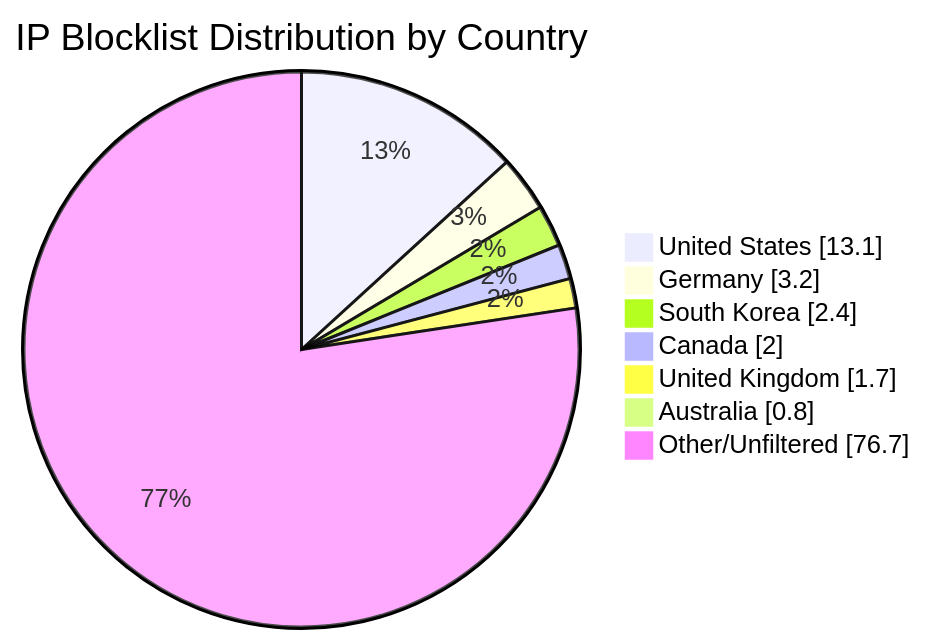
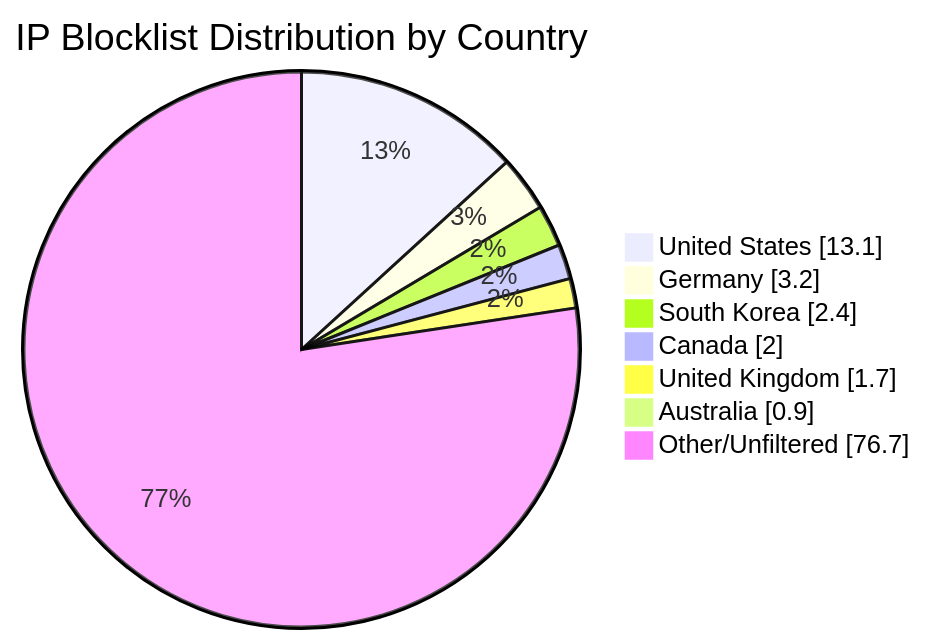
Before and after one commit to MarcusHoltz/ipblocklist-geofiltered-aggregator: the diagram in README.md, drawn with Mermaid. The commit also changed other lines of this file and 9 other files, not shown here.

````diff
--- a/README.md
+++ b/README.md
@@ -34,10 +34,10 @@
 ```mermaid
 pie showData title IP Blocklist Distribution by Country
 "United States" : 13.1
 "Germany" : 3.2
 "South Korea" : 2.4
 "Canada" : 2.0
 "United Kingdom" : 1.7
-"Australia" : 0.8
+"Australia" : 0.9
 "Other/Unfiltered" : 76.7
 ```
````
